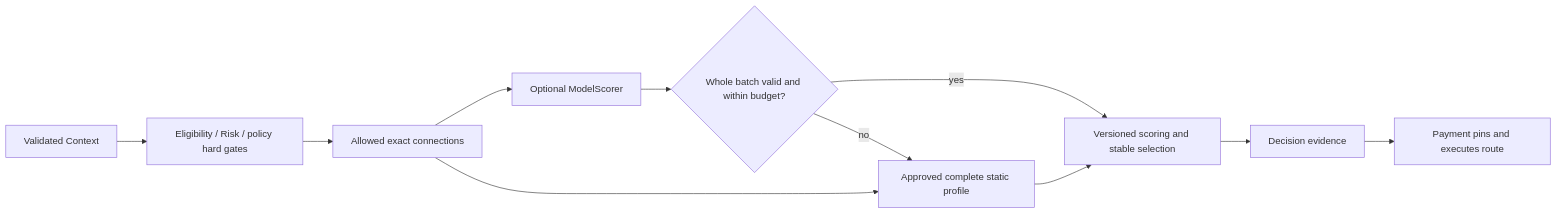
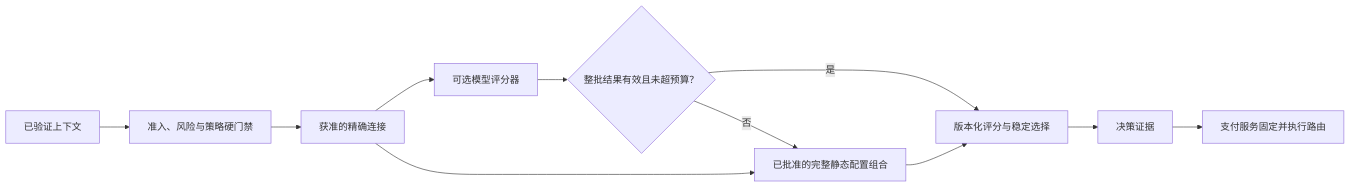
One commit to YouEclipse/Designing-Modern-Payment-Systems changed the first of 3 diagrams in part-5-global-routing/intelligent-routing.md. Above: the diagram before and after it, drawn with Mermaid. The commit also changed other lines of this file and 59 other files, not shown here.

````diff
--- a/part-5-global-routing/intelligent-routing.md
+++ b/part-5-global-routing/intelligent-routing.md
@@ -31,13 +31,13 @@
 ```mermaid
 flowchart LR
-    C["Validated Context"] --> G["Eligibility / Risk / policy hard gates"]
-    G --> A["Allowed exact connections"]
-    A --> M["Optional ModelScorer"]
-    A --> F["Approved complete static profile"]
-    M --> V{"Whole batch valid and within budget?"}
-    V -->|"yes"| S["Versioned scoring and stable selection"]
-    V -->|"no"| F
+    C["已验证上下文"] --> G["准入、风险与策略硬门禁"]
+    G --> A["获准的精确连接"]
+    A --> M["可选模型评分器"]
+    A --> F["已批准的完整静态配置组合"]
+    M --> V{"整批结果有效且未超预算？"}
+    V -->|"是"| S["版本化评分与稳定选择"]
+    V -->|"否"| F
     F --> S
-    S --> D["Decision evidence"]
-    D --> P["Payment pins and executes route"]
+    S --> D["决策证据"]
+    D --> P["支付服务固定并执行路由"]
 ```
````
